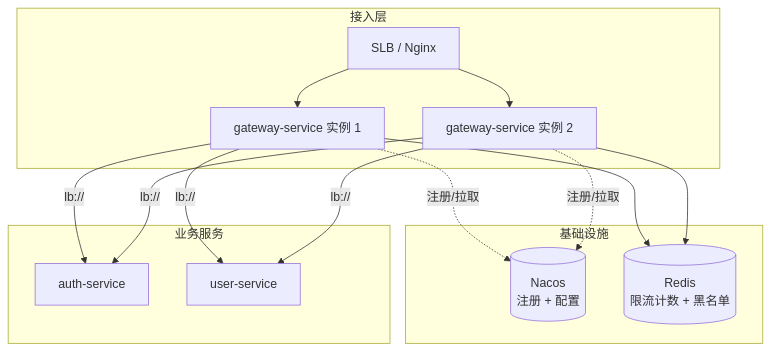
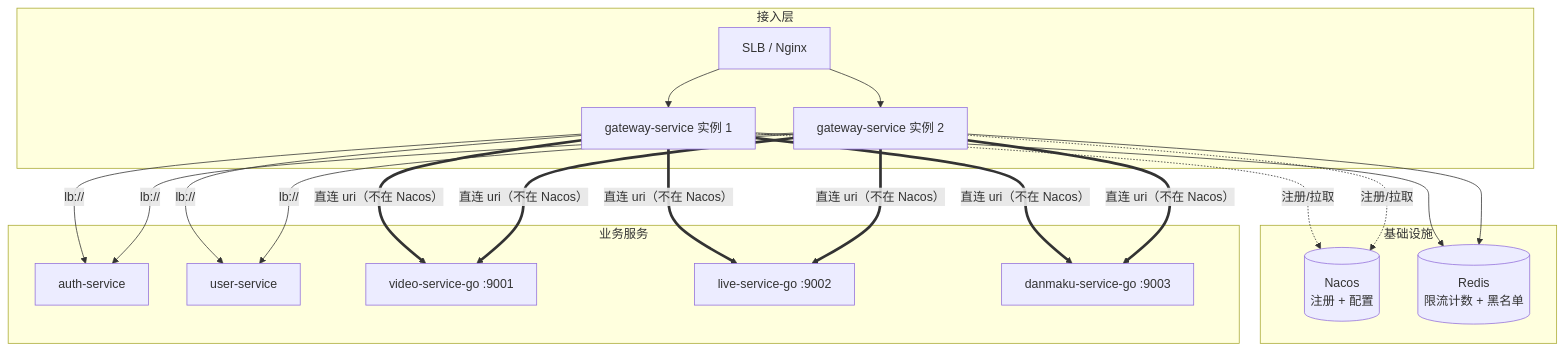
The fourth of 4 diagrams in gateway-service/网关架构.md (YunfeiSHU/media-community), drawn with Mermaid before and after one commit. The commit also changed other lines of this file and 5 other files, not shown here.

````diff
--- a/gateway-service/网关架构.md
+++ b/gateway-service/网关架构.md
@@ -156,26 +182,35 @@
 ```mermaid
 flowchart TB
     subgraph Edge[接入层]
         LB[SLB / Nginx] --> G1[gateway-service 实例 1]
         LB --> G2[gateway-service 实例 2]
     end
 
     subgraph Infra[基础设施]
         N[(Nacos<br/>注册 + 配置)]
         R[(Redis<br/>限流计数 + 黑名单)]
     end
 
     subgraph Services[业务服务]
         A[auth-service]
         U[user-service]
+        V[video-service-go :9001]
+        L[live-service-go :9002]
+        D[danmaku-service-go :9003]
     end
 
     G1 -.注册/拉取.-> N
     G2 -.注册/拉取.-> N
     G1 --> R
     G2 --> R
     G1 -->|lb://| A
     G1 -->|lb://| U
     G2 -->|lb://| A
     G2 -->|lb://| U
+    G1 ==>|"直连 uri（不在 Nacos）"| V
+    G1 ==>|"直连 uri（不在 Nacos）"| L
+    G1 ==>|"直连 uri（不在 Nacos）"| D
+    G2 ==>|"直连 uri（不在 Nacos）"| V
+    G2 ==>|"直连 uri（不在 Nacos）"| L
+    G2 ==>|"直连 uri（不在 Nacos）"| D
 ```
````
